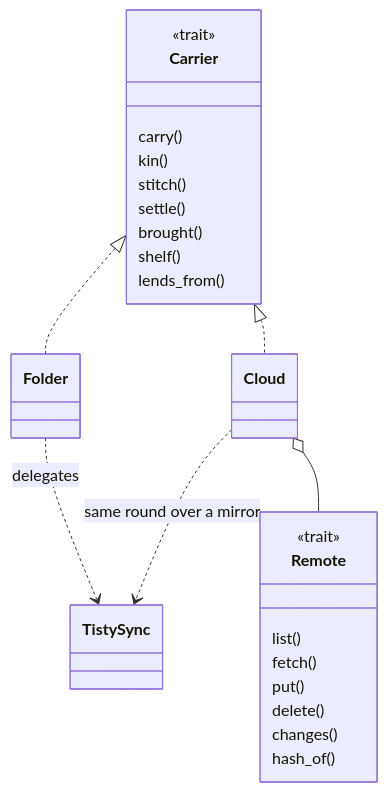
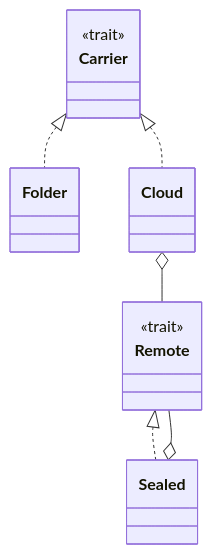
The fifth of 5 diagrams in docs/ARCHITECTURE.md (rgdevment/Tisty), drawn with Mermaid before and after one commit. The commit also changed other lines of this file and 2 other files, not shown here.

First line of the commit message:
docs: slim ARCHITECTURE.md to a map of crates, processes and the rules nothing may break (#407)

````diff
--- a/docs/ARCHITECTURE.md
+++ b/docs/ARCHITECTURE.md
@@ -769,30 +157,14 @@
 ```mermaid
 classDiagram
   class Carrier {
     <<trait>>
-    carry()
-    kin()
-    stitch()
-    settle()
-    brought()
-    shelf()
-    lends_from()
   }
-  class Folder
-  class Cloud
   class Remote {
     <<trait>>
-    list()
-    fetch()
-    put()
-    delete()
-    changes()
-    hash_of()
   }
-  class TistySync
   Carrier <|.. Folder
   Carrier <|.. Cloud
   Cloud o-- Remote
-  Folder ..> TistySync : delegates
-  Cloud ..> TistySync : same round over a mirror
+  Remote <|.. Sealed
+  Sealed o-- Remote
 ```
````
